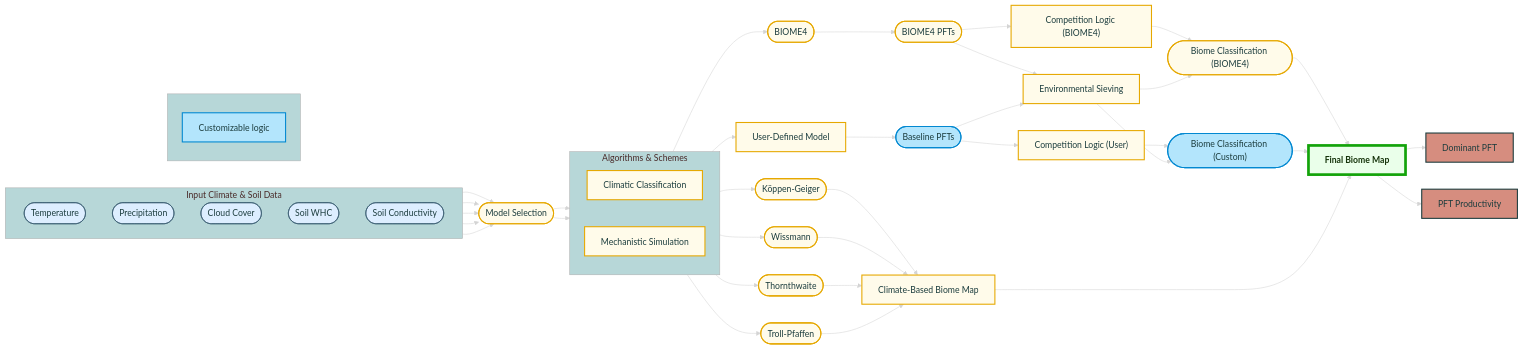
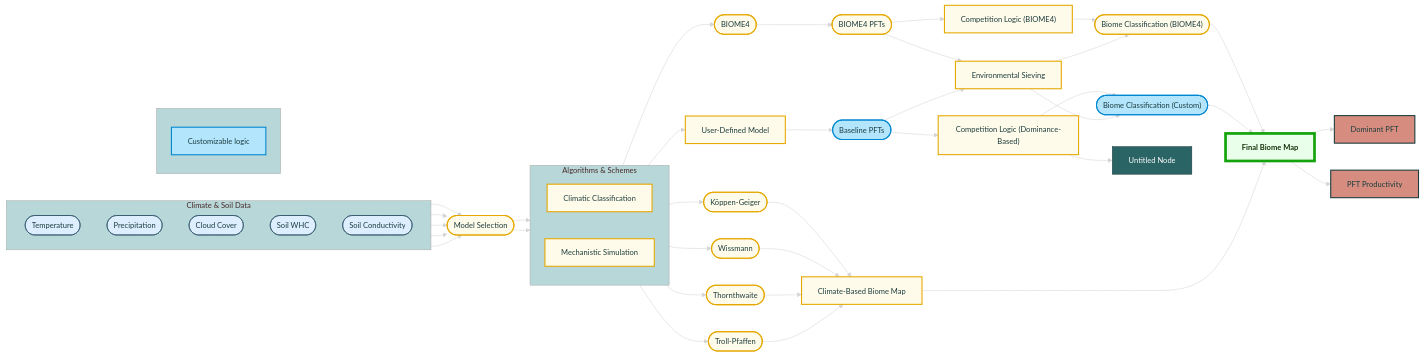
The diagram in README.md (clechartre/Biome.jl), drawn with Mermaid before and after one commit.

Commit message:
update graph

````diff
--- a/README.md
+++ b/README.md
@@ -23,13 +23,12 @@
   theme: base
   flowchart:
     useMaxWidth: true
-    htmlLabels: true
+    htmlLabels: false
     nodeSpacing: 50
     rankSpacing: 30
     layoutDirection: TB
   themeVariables:
     background: '#2B2B2B'
-    edgeColor: '#FFFFFF'
     primaryColor: '#2B6465'
     primaryTextColor: '#FFFFFF'
     primaryBorderColor: '#1B3C3D'
@@ -38,13 +37,13 @@
     edgeLabelBackground: '#FFFFFF'
     textColor: '#FFFFFF'
     fontFamily: ''
-    fontSize: 16px
+    fontSize: 14px
     noteBkgColor: '#F9F9F9'
     noteTextColor: '#2B2B2B'
   layout: dagre
 ---
 flowchart LR
- subgraph INPUTS["Input Climate & Soil Data"]
+ subgraph INPUTS["Climate & Soil Data"]
     direction TB
         A1(["Temperature"])
         A2(["Precipitation"])
@@ -57,6 +56,10 @@
         C["Climatic Classification"]
         D["Mechanistic Simulation"]
   end
+ subgraph LEGEND[" "]
+    direction LR
+        L1["Customizable logic"]
+  end
     C --> C1(["Köppen-Geiger"]) & C2(["Wissmann"]) & C3(["Thornthwaite"]) & C4(["Troll-Pfaffen"])
     C1 --> ClimateMap["Climate-Based Biome Map"]
     C2 --> ClimateMap
@@ -66,7 +69,7 @@
     E1 --> F1(["BIOME4 PFTs"])
     E2 --> F2(["Baseline PFTs"])
     F1 --> G1["Competition Logic (BIOME4)"] & G["Environmental Sieving"]
-    F2 --> G2["Competition Logic (User)"] & G
+    F2 --> G2["Competition Logic (Dominance-Based)"] & G
     G1 --> H1(["Biome Classification (BIOME4)"])
     G2 --> H2(["Biome Classification (Custom)"])
     G --> H1 & H2
@@ -80,45 +83,36 @@
     A4 --> B
     A5 --> B
     B --> C & D
-
- subgraph LEGEND[" "]
-    direction LR
-    L1["Customizable logic"]
- end
-
-    F2:::custombox
-    H2:::custombox
-    L1:::custombox
-
-    A1:::inputbox
-    A2:::inputbox
-    A3:::inputbox
-    A4:::inputbox
-    A5:::inputbox
-    C:::schemebox
-    D:::schemebox
-    C1:::schemebox
-    C2:::schemebox
-    C3:::schemebox
-    C4:::schemebox
-    ClimateMap:::schemebox
-    E1:::schemebox
-    E2:::schemebox
-    F1:::schemebox
-    G1:::schemebox
-    G:::schemebox
-    G2:::schemebox
-    H1:::schemebox
-    OUT:::outputbox
-    n1:::finalsmall
-    n2:::finalsmall
-    B:::schemebox
-
+    G2 --> n3["Untitled Node"]
+     A1:::inputbox
+     A2:::inputbox
+     A3:::inputbox
+     A4:::inputbox
+     A5:::inputbox
+     C:::schemebox
+     D:::schemebox
+     L1:::custombox
+     C1:::schemebox
+     C2:::schemebox
+     C3:::schemebox
+     C4:::schemebox
+     ClimateMap:::schemebox
+     E1:::schemebox
+     E2:::schemebox
+     F1:::schemebox
+     F2:::custombox
+     G1:::schemebox
+     G:::schemebox
+     G2:::schemebox
+     H1:::schemebox
+     H2:::custombox
+     OUT:::outputbox
+     n1:::finalsmall
+     n2:::finalsmall
+     B:::schemebox
     classDef inputbox fill:#DDEEFF,stroke:#2B4F65,color:#1B3C3D
     classDef schemebox fill:#FFFBEA,stroke:#E6A800,color:#1B3C3D,stroke-width:2px
     classDef outputbox fill:#eaffea,stroke:#13a30a,stroke-width:5px,color:#15330a,font-weight:bold
     classDef finalsmall fill:#D68D7F,stroke:#1B3C3D,stroke-width:2px,color:#1B3C3D
     classDef custombox fill:#B3E5FC,stroke:#0288D1,color:#1B3C3D,stroke-width:2px
-
-
 ```
````
